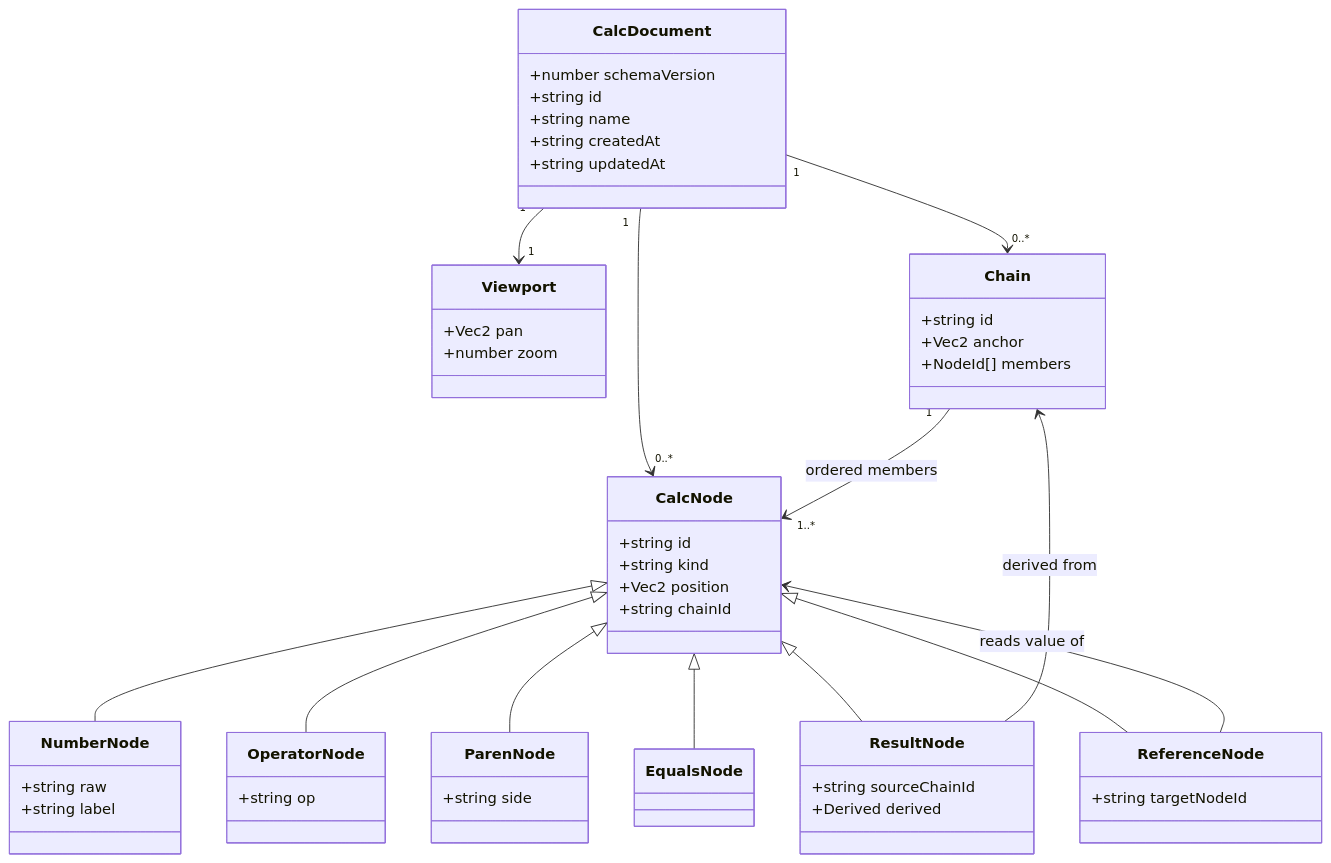
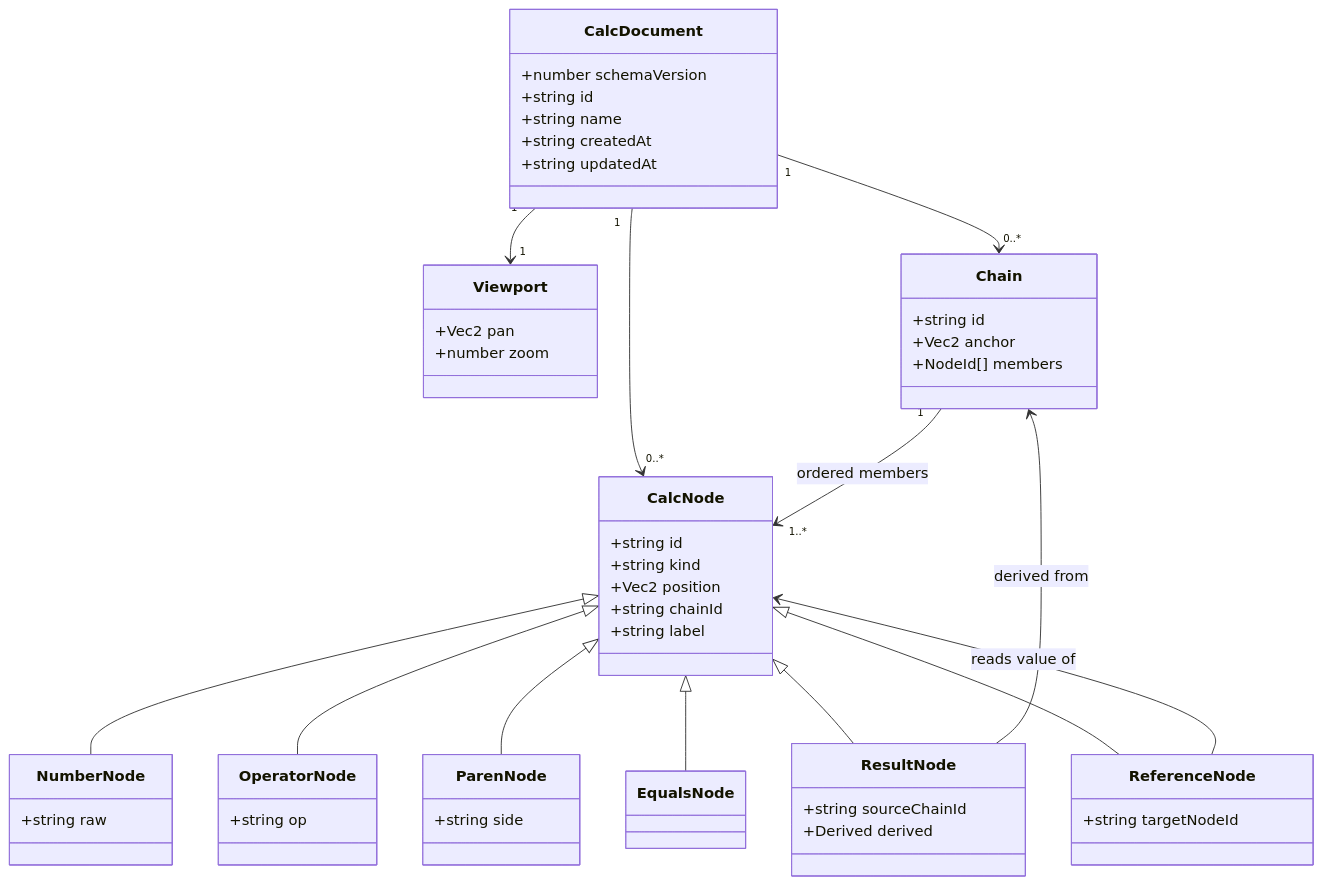
The second of 9 diagrams in docs/ARCHITECTURE.md (tousifosman/CalcMind), drawn with Mermaid before and after one commit. The commit also changed other lines of this file, not shown here.

````diff
--- a/docs/ARCHITECTURE.md
+++ b/docs/ARCHITECTURE.md
@@ -275,57 +301,57 @@
 ```mermaid
 classDiagram
     class CalcDocument {
         +number schemaVersion
         +string id
         +string name
         +string createdAt
         +string updatedAt
     }
     class Viewport {
         +Vec2 pan
         +number zoom
     }
     class Chain {
         +string id
         +Vec2 anchor
         +NodeId[] members
     }
     class CalcNode {
         +string id
         +string kind
         +Vec2 position
         +string chainId
+        +string label
     }
     class NumberNode {
         +string raw
-        +string label
     }
     class OperatorNode {
         +string op
     }
     class EqualsNode {
     }
     class ParenNode {
         +string side
     }
     class ResultNode {
         +string sourceChainId
         +Derived derived
     }
     class ReferenceNode {
         +string targetNodeId
     }
 
     CalcDocument "1" --> "1" Viewport
     CalcDocument "1" --> "0..*" Chain
     CalcDocument "1" --> "0..*" CalcNode
     Chain "1" --> "1..*" CalcNode : ordered members
     CalcNode <|-- NumberNode
     CalcNode <|-- OperatorNode
     CalcNode <|-- ParenNode
     CalcNode <|-- EqualsNode
     CalcNode <|-- ResultNode
     CalcNode <|-- ReferenceNode
     ResultNode --> Chain : derived from
     ReferenceNode --> CalcNode : reads value of
 ```
````
